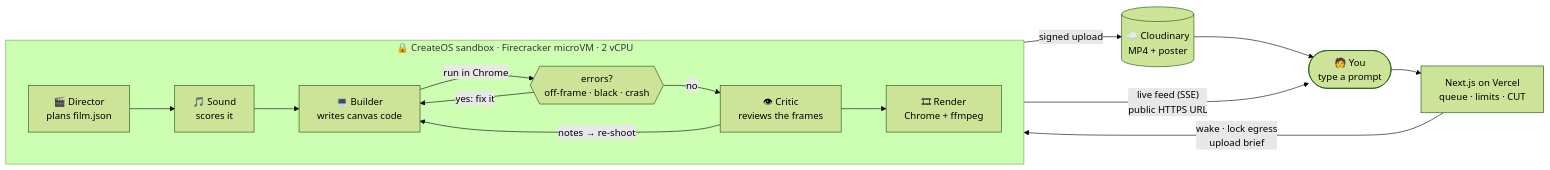
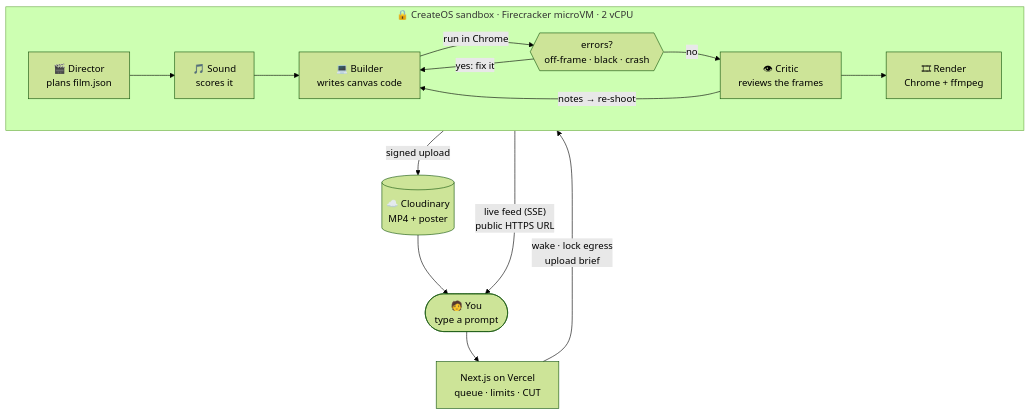
The diagram in README.md (franksignorini/cutroom-hackathon), drawn with Mermaid (forest theme) before and after one commit.

Commit message:
README: draw the crew diagram top to bottom so it reads at full size

````diff
--- a/README.md
+++ b/README.md
@@ -66,18 +66,18 @@
 ```mermaid
-flowchart LR
+flowchart TB
     U(["🧑 You<br/>type a prompt"]) --> APP["Next.js on Vercel<br/>queue · limits · CUT"]
     APP -- "wake · lock egress<br/>upload brief" --> SB
     subgraph SB["🔒 CreateOS sandbox · Firecracker microVM · 2 vCPU"]
         direction LR
         D["🎬 Director<br/>plans film.json"] --> S["🎵 Sound<br/>scores it"]
         S --> B["💻 Builder<br/>writes canvas code"]
         B -- "run in Chrome" --> R{{"errors?<br/>off-frame · black · crash"}}
         R -- "yes: fix it" --> B
         R -- "no" --> C["👁 Critic<br/>reviews the frames"]
         C -- "notes → re-shoot" --> B
         C --> F["🎞 Render<br/>Chrome + ffmpeg"]
     end
     SB -- "live feed (SSE)<br/>public HTTPS URL" --> U
     F -- "signed upload" --> CDN[("☁️ Cloudinary<br/>MP4 + poster")]
     CDN --> U
 ```
````
